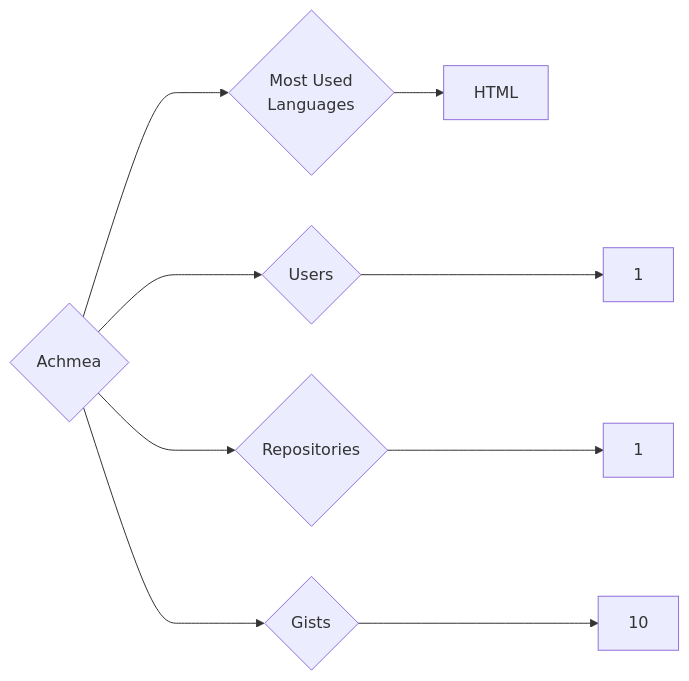
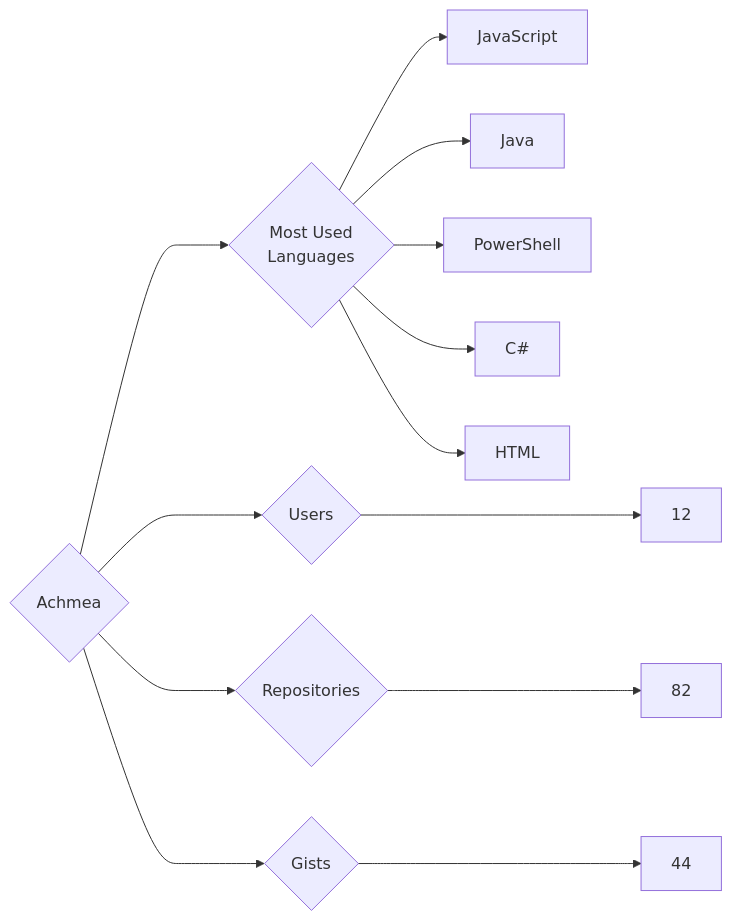
The diagram in targets/Achmea/README.md (trickest/insiders), drawn with Mermaid before and after one commit. The commit also changed 594 other files, not shown here.

````diff
--- a/targets/Achmea/README.md
+++ b/targets/Achmea/README.md
@@ -3,9 +3,13 @@
 ```mermaid
 graph LR
 COMPANY_NAME{Achmea}
-COMPANY_NAME ---> U{Users} ---> UN[1]
-COMPANY_NAME ---> R{Repositories} ---> RN[1]
-COMPANY_NAME ---> G{Gists} ---> GN[10]
+COMPANY_NAME ---> U{Users} ---> UN[12]
+COMPANY_NAME ---> R{Repositories} ---> RN[82]
+COMPANY_NAME ---> G{Gists} ---> GN[44]
 COMPANY_NAME ---> ML{Most Used<br>Languages}
+ML --> JavaScript[JavaScript]
+ML --> Java[Java]
+ML --> PowerShell[PowerShell]
+ML --> C#[C#]
 ML --> HTML[HTML]
 ```
````
